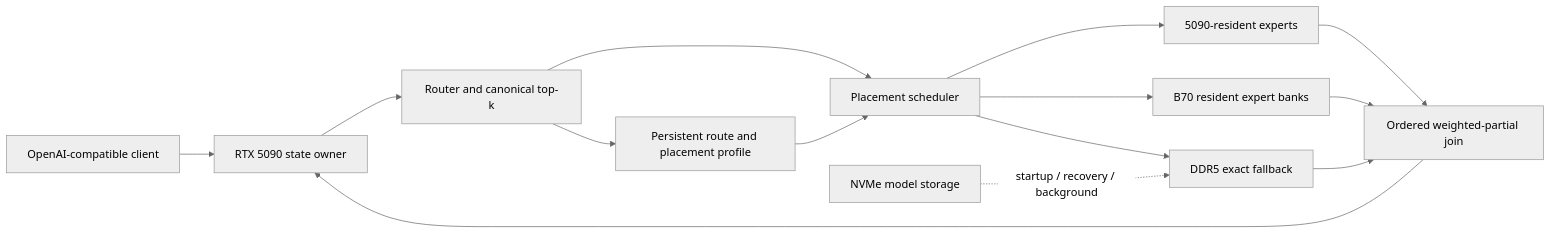
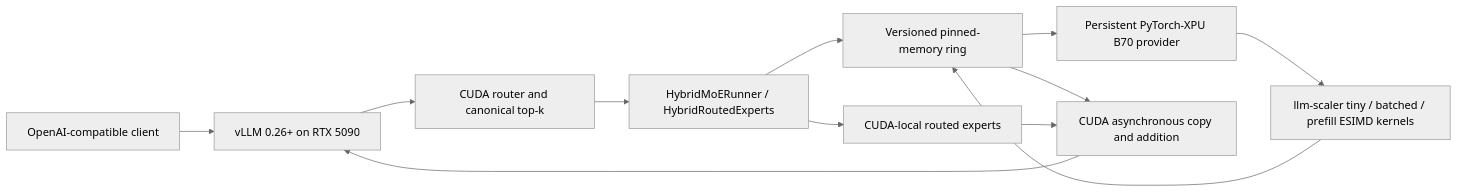
One commit to SRSWTI/shooting-brake changed the diagram in README.md. Above: the diagram before and after it, drawn with Mermaid (neutral theme). The commit also changed other lines of this file and 14 other files, not shown here.

````diff
--- a/README.md
+++ b/README.md
@@ -9,19 +11,14 @@
 ```mermaid
 flowchart LR
-    Client[OpenAI-compatible client] --> Owner[RTX 5090 state owner]
-    Owner --> Router[Router and canonical top-k]
-    Router --> Placement[Placement scheduler]
-
-    Placement --> Local[5090-resident experts]
-    Placement --> B70[B70 resident expert banks]
-    Placement --> CPU[DDR5 exact fallback]
-
-    Local --> Join[Ordered weighted-partial join]
-    B70 --> Join
-    CPU --> Join
-    Join --> Owner
-
-    NVMe[NVMe model storage] -. startup / recovery / background .-> CPU
-    Router --> Profile[Persistent route and placement profile]
-    Profile --> Placement
+    Client[OpenAI-compatible client] --> V[vLLM 0.26+ on RTX 5090]
+    V --> R[CUDA router and canonical top-k]
+    R --> H[HybridMoERunner / HybridRoutedExperts]
+    H --> C[CUDA-local routed experts]
+    H --> Ring[Versioned pinned-memory ring]
+    Ring --> P[Persistent PyTorch-XPU B70 provider]
+    P --> K[llm-scaler tiny / batched / prefill ESIMD kernels]
+    K --> Ring
+    Ring --> J[CUDA asynchronous copy and addition]
+    C --> J
+    J --> V
 ```
````
